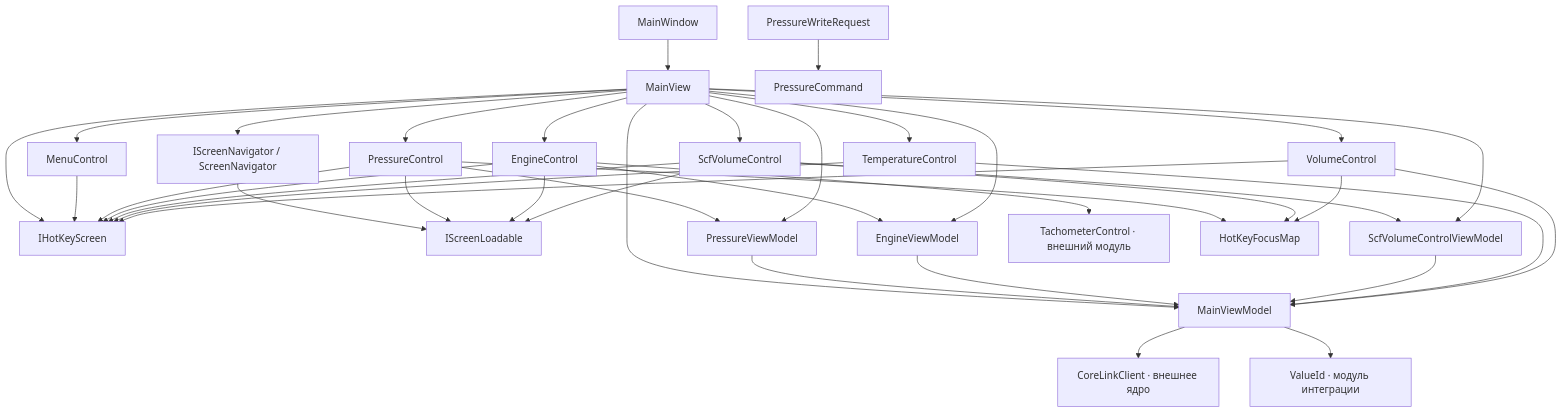
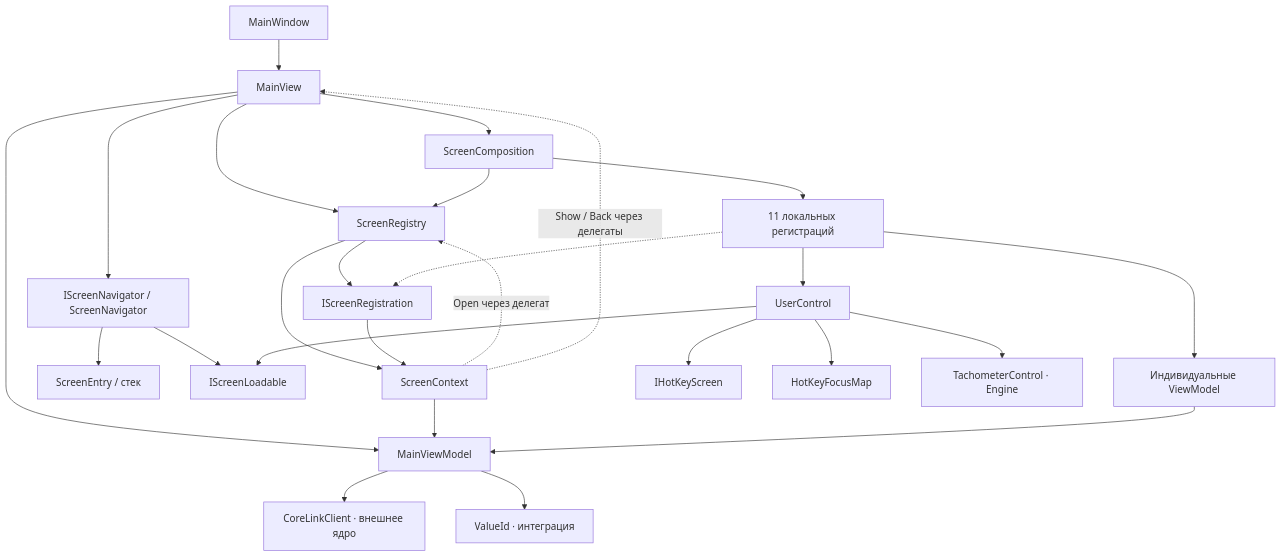
The diagram in Nitrogen/Views/MODULE.md (Bodden007/Nitrogen), drawn with Mermaid before and after one commit. The commit also changed other lines of this file, not shown here.

Commit message:
docs: update HMI screen registration and lifecycle architecture

````diff
--- a/Nitrogen/Views/MODULE.md
+++ b/Nitrogen/Views/MODULE.md
@@ -20,41 +21,28 @@
 ```mermaid
 graph TD
-    Win["MainWindow"] --> Shell
-    Shell --> Data
-    Shell --> Nav["IScreenNavigator / ScreenNavigator"]
-    Shell --> Keys
-    Nav --> Load
-    Data --> Client["CoreLinkClient · внешнее ядро"]
-    Data --> Id["ValueId · модуль интеграции"]
-    Shell["MainView"] --> Menu["MenuControl"]
-    Shell --> Pressure["PressureControl"]
-    Shell --> Engine["EngineControl"]
-    Shell --> Scf["ScfVolumeControl"]
-    Shell --> Temp["TemperatureControl"]
-    Shell --> Volume["VolumeControl"]
-    Pressure --> PVM["PressureViewModel"]
-    Shell --> PVM
-    Engine --> EVM["EngineViewModel"]
-    Shell --> EVM
-    Scf --> SVM["ScfVolumeControlViewModel"]
-    Shell --> SVM
-    Engine --> Tach["TachometerControl · внешний модуль"]
-    PVM --> Data["MainViewModel"]
-    EVM --> Data
-    SVM --> Data
-    Temp --> Data
-    Volume --> Data
-    Menu --> Keys["IHotKeyScreen"]
-    Pressure --> Keys
-    Engine --> Keys
-    Scf --> Keys
-    Temp --> Keys
-    Volume --> Keys
-    Pressure --> Load["IScreenLoadable"]
-    Engine --> Load
-    Scf --> Load
-    Pressure --> Focus["HotKeyFocusMap"]
-    Scf --> Focus
-    Volume --> Focus
-    Request["PressureWriteRequest"] --> Command["PressureCommand"]
+    Win[MainWindow] --> Shell[MainView]
+    Shell --> Data[MainViewModel]
+    Shell --> Comp[ScreenComposition]
+    Shell --> Reg[ScreenRegistry]
+    Comp --> Reg
+    Comp --> Local[11 локальных регистраций]
+    Reg --> Contract[IScreenRegistration]
+    Reg --> Ctx[ScreenContext]
+    Local -.-> Contract
+    Contract --> Ctx
+    Ctx --> Data
+    Ctx -.->|Open через делегат| Reg
+    Ctx -.->|Show / Back через делегаты| Shell
+    Shell --> Nav[IScreenNavigator / ScreenNavigator]
+    Nav --> Entry[ScreenEntry / стек]
+    Nav --> Load[IScreenLoadable]
+    Local --> View[UserControl]
+    Local --> VM[Индивидуальные ViewModel]
+    VM --> Data
+    View --> Keys[IHotKeyScreen]
+    View --> Load
+    View --> Focus[HotKeyFocusMap]
+    Data --> Client[CoreLinkClient · внешнее ядро]
+    Data --> Id[ValueId · интеграция]
+    View --> Tach[TachometerControl · Engine]
 ```
````
